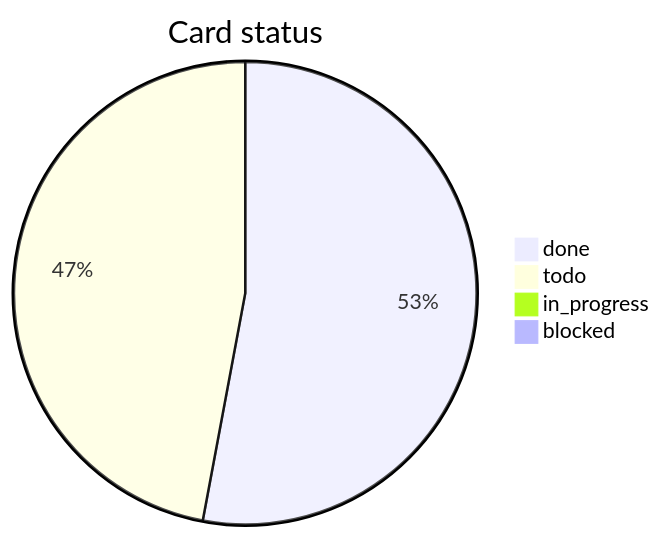
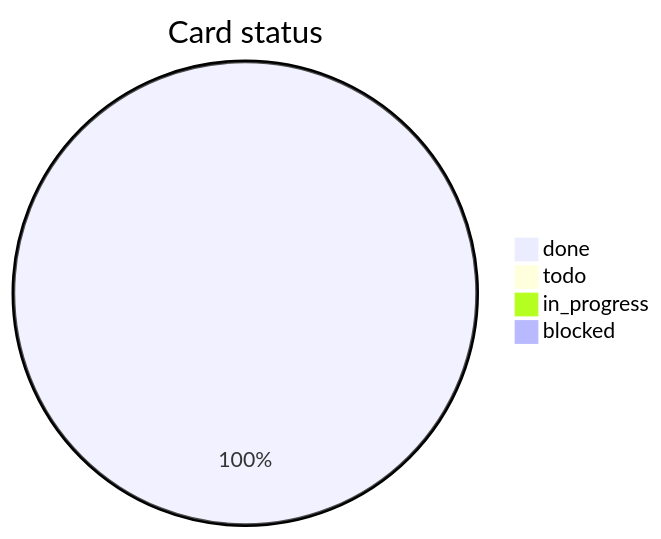
The diagram in .agents/sessions/Task-8-Task-8-coding-rules-investigate/TASKS.md (2tsoftwareapp/super-template), drawn with Mermaid before and after one commit. The commit also changed other lines of this file and 18 other files, not shown here.

````diff
--- a/.agents/sessions/Task-8-Task-8-coding-rules-investigate/TASKS.md
+++ b/.agents/sessions/Task-8-Task-8-coding-rules-investigate/TASKS.md
@@ -66,7 +66,7 @@
 ```mermaid
 pie title Card status
-  "done" : 9
-  "todo" : 8
+  "done" : 17
+  "todo" : 0
   "in_progress" : 0
   "blocked" : 0
 ```
````
